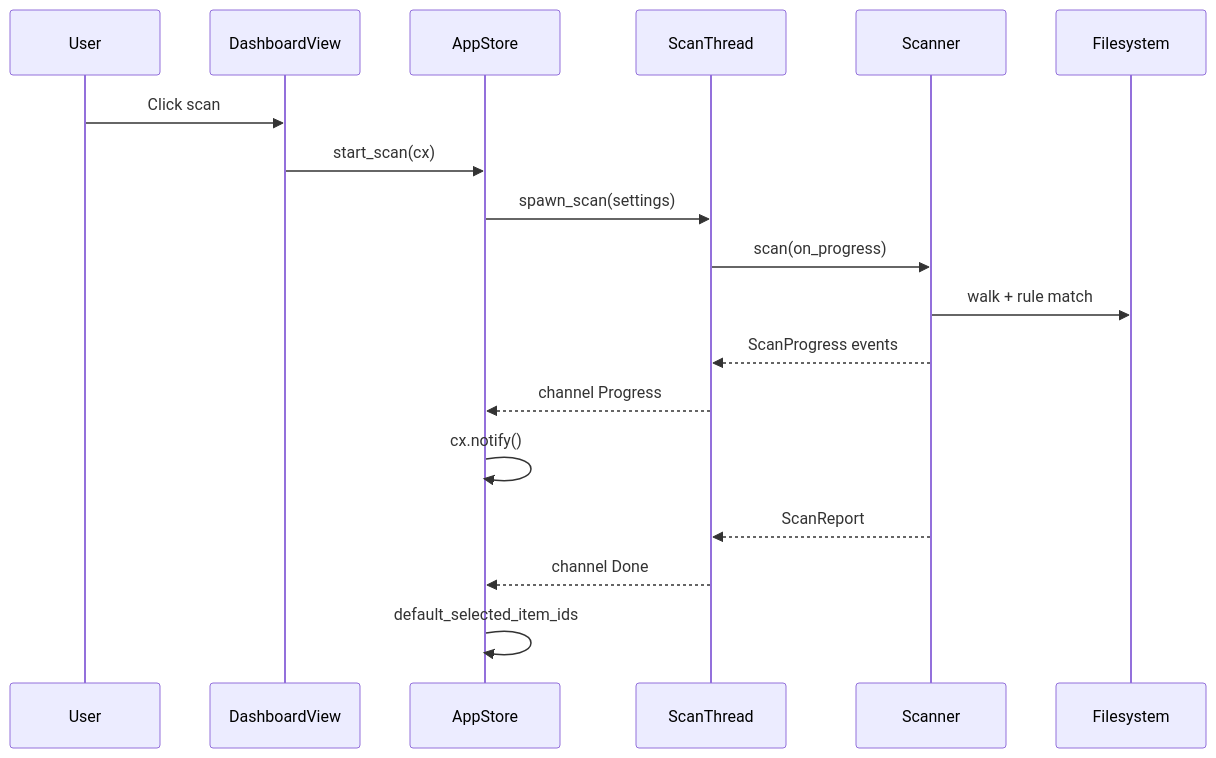
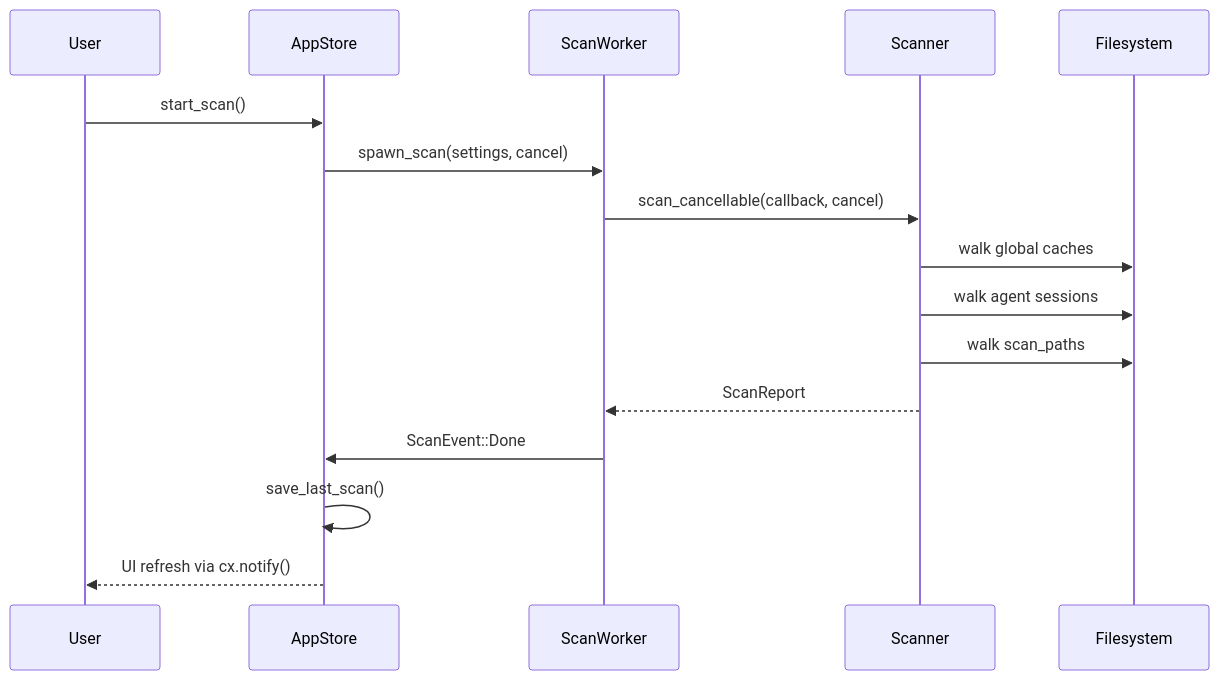
One commit to sopaco/CLV3000-Plus changed the fifth of 6 diagrams in .terrain/human/2.Architecture.md. Above: the diagram before and after it, drawn with Mermaid. The commit also changed other lines of this file and 55 other files, not shown here.

````diff
--- a/.terrain/human/2.Architecture.md
+++ b/.terrain/human/2.Architecture.md
@@ -156,21 +147,19 @@
 ```mermaid
 sequenceDiagram
     participant User
-    participant Dashboard as DashboardView
-    participant Store as AppStore
-    participant Worker as ScanThread
+    participant AppStore
+    participant ScanWorker
     participant Scanner
-    participant Disk as Filesystem
+    participant FS as Filesystem
 
-    User->>Dashboard: Click scan
-    Dashboard->>Store: start_scan(cx)
-    Store->>Worker: spawn_scan(settings)
-    Worker->>Scanner: scan(on_progress)
-    Scanner->>Disk: walk + rule match
-    Scanner-->>Worker: ScanProgress events
-    Worker-->>Store: channel Progress
-    Store->>Store: cx.notify()
-    Scanner-->>Worker: ScanReport
-    Worker-->>Store: channel Done
-    Store->>Store: default_selected_item_ids
+    User->>AppStore: start_scan()
+    AppStore->>ScanWorker: spawn_scan(settings, cancel)
+    ScanWorker->>Scanner: scan_cancellable(callback, cancel)
+    Scanner->>FS: walk global caches
+    Scanner->>FS: walk agent sessions
+    Scanner->>FS: walk scan_paths
+    Scanner-->>ScanWorker: ScanReport
+    ScanWorker->>AppStore: ScanEvent::Done
+    AppStore->>AppStore: save_last_scan()
+    AppStore-->>User: UI refresh via cx.notify()
 ```
````
